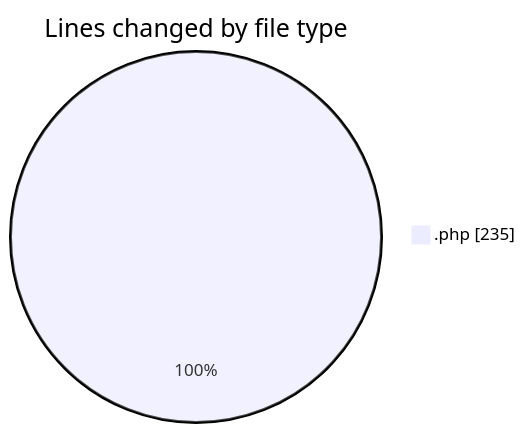
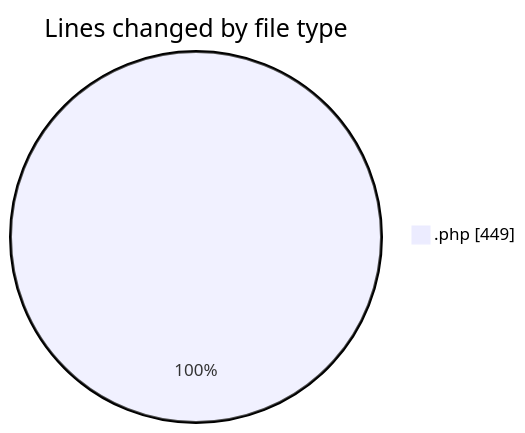
The first of 2 diagrams in 2025-04-22/web/README.md (LanceThiago/code-tracking), drawn with Mermaid before and after one commit. The commit also changed other lines of this file and 1 other file, not shown here.

````diff
--- a/2025-04-22/web/README.md
+++ b/2025-04-22/web/README.md
@@ -22,5 +23,5 @@
 ```mermaid
 pie showData
 title Lines changed by file type
-".php" : 235
+".php" : 449
 ```
````
